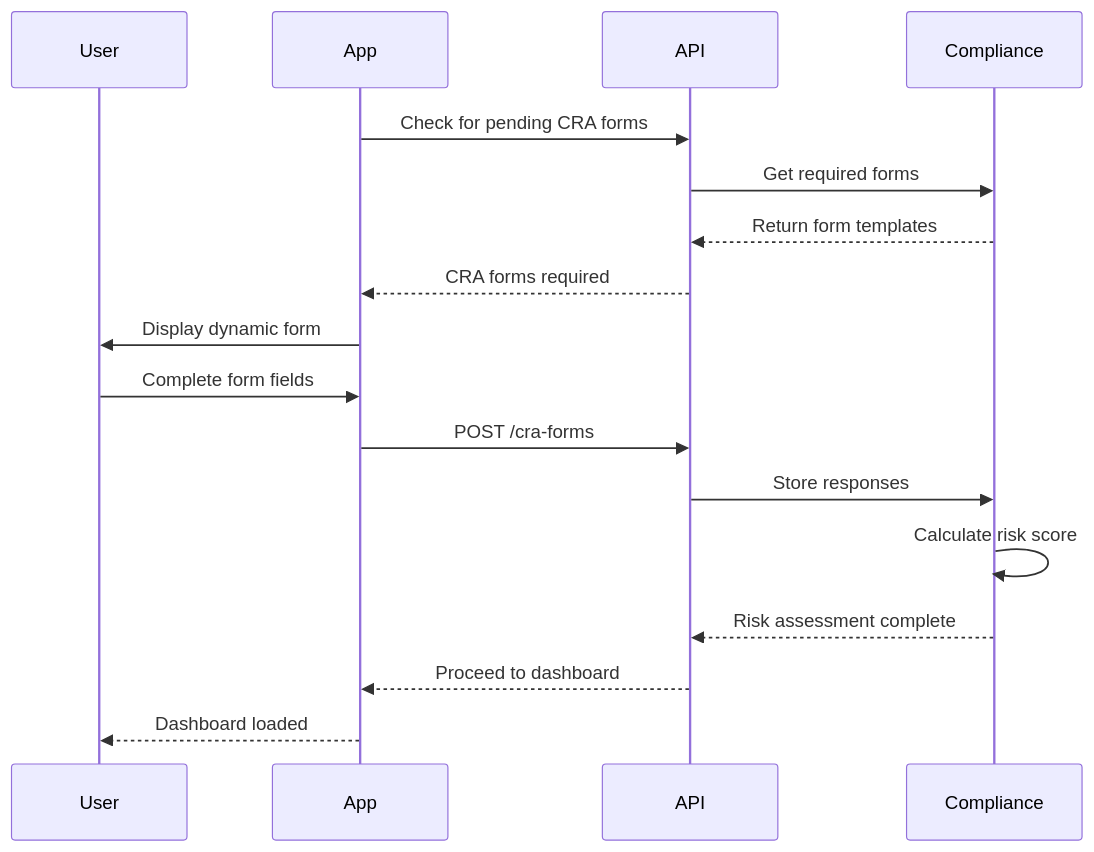
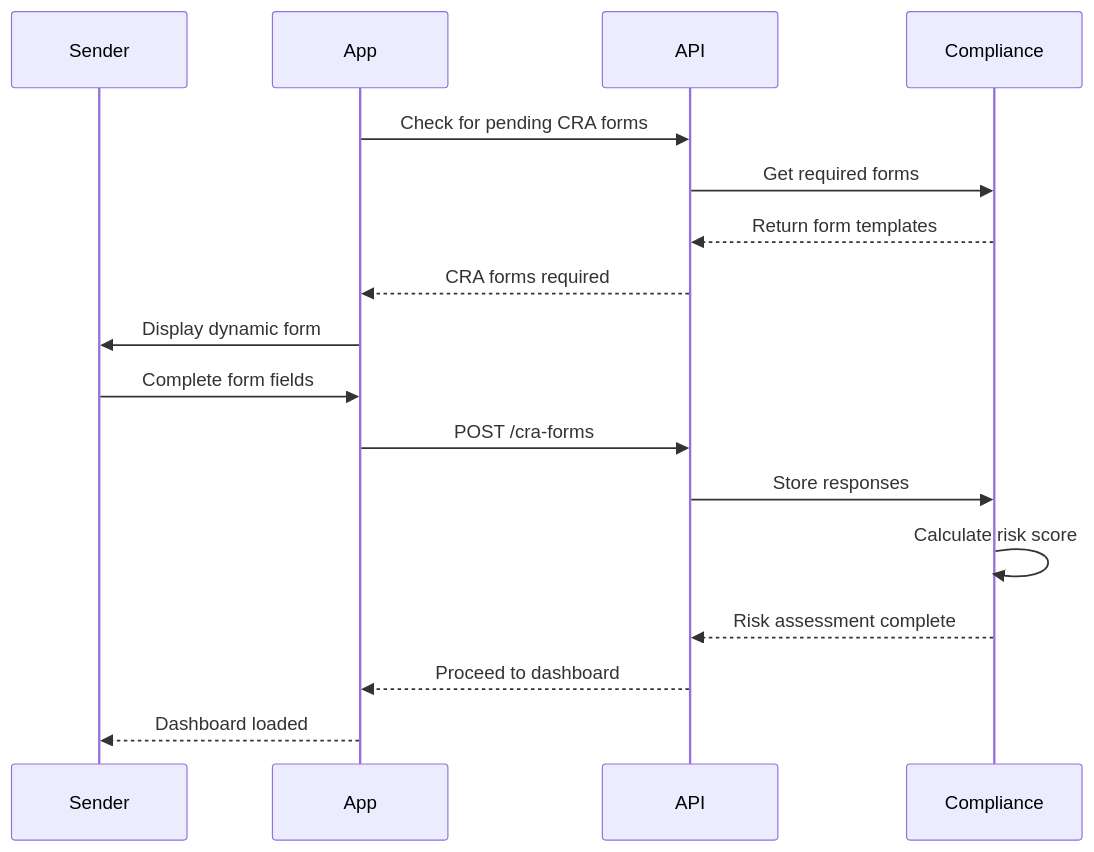
The fifth of 14 diagrams in remittance/process-flows.mdx (trillionclues-fincode/docs), drawn with Mermaid before and after one commit. The commit also changed other lines of this file and 7 other files, not shown here.

````diff
--- a/remittance/process-flows.mdx
+++ b/remittance/process-flows.mdx
@@ -209,20 +208,20 @@
 ```mermaid
 sequenceDiagram
-    participant User
+    participant Sender
     participant App
     participant API
     participant Compliance
 
     App->>API: Check for pending CRA forms
     API->>Compliance: Get required forms
     Compliance-->>API: Return form templates
     API-->>App: CRA forms required
-    App->>User: Display dynamic form
-    User->>App: Complete form fields
+    App->>Sender: Display dynamic form
+    Sender->>App: Complete form fields
     App->>API: POST /cra-forms
     API->>Compliance: Store responses
     Compliance->>Compliance: Calculate risk score
     Compliance-->>API: Risk assessment complete
     API-->>App: Proceed to dashboard
-    App-->>User: Dashboard loaded
+    App-->>Sender: Dashboard loaded
 ```
````
